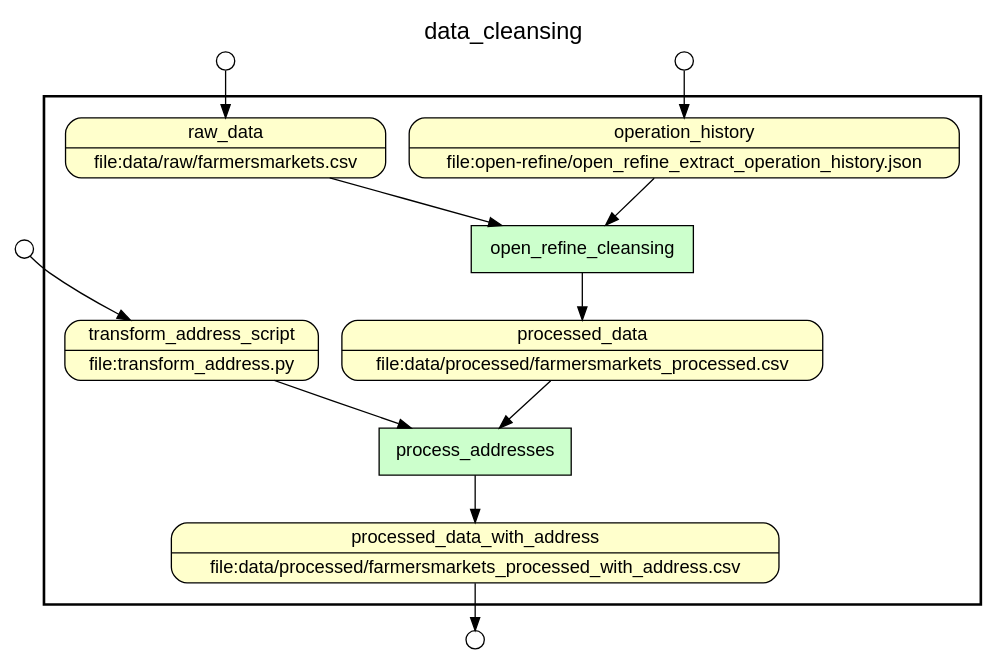
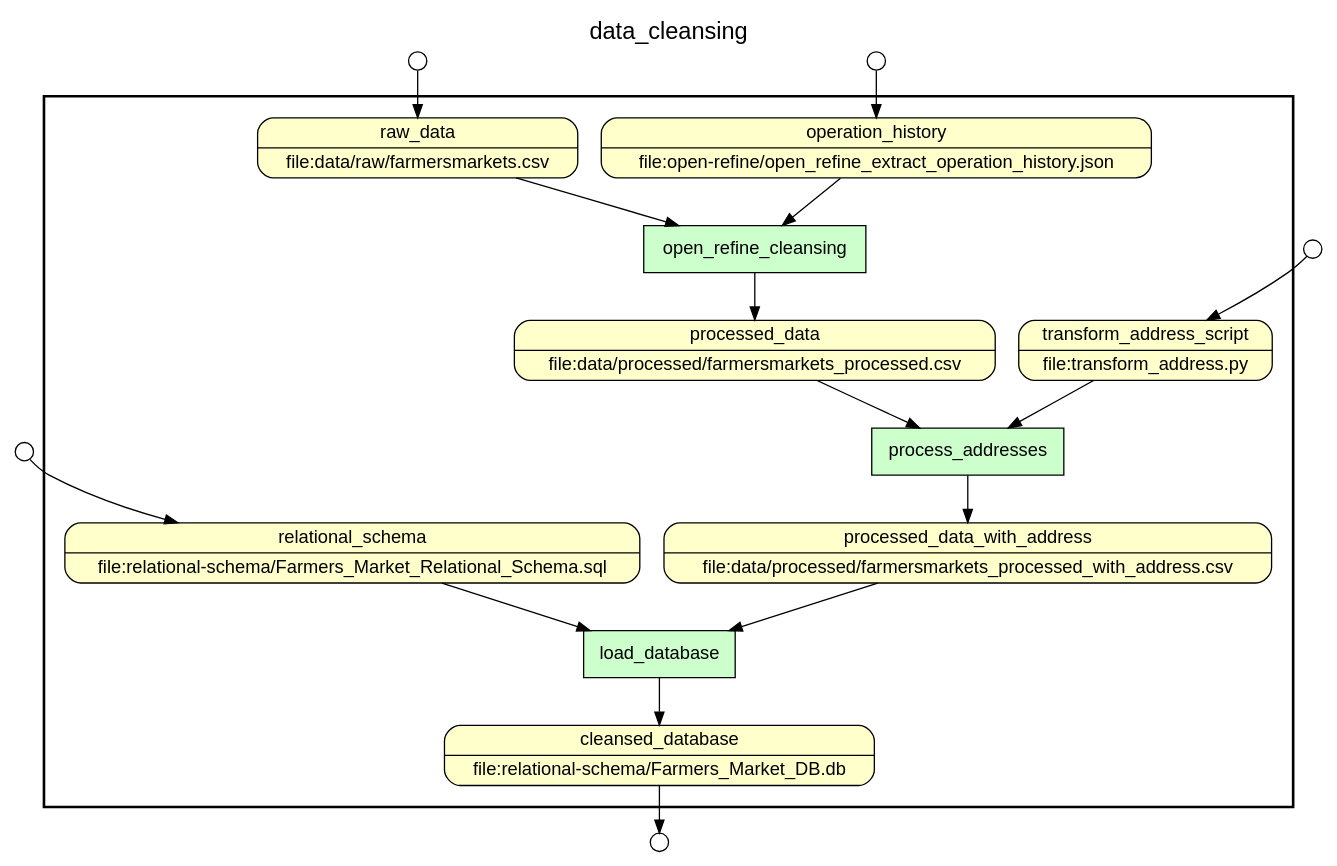
Before and after one commit to alex-antonison/data-harvesters: the diagram in workflow-model/yesworkflow/outputs/Overall_Workflow.gv, drawn with Graphviz. The commit also changed 12 other files, not shown here.

Commit message:
Cleanup scipts; Include relation-schema work in overall workflow model

```diff
--- a/workflow-model/yesworkflow/outputs/Overall_Workflow.gv
+++ b/workflow-model/yesworkflow/outputs/Overall_Workflow.gv
@@ -1,34 +1,42 @@
 digraph Workflow {
 rankdir=TB
 fontname=Helvetica; fontsize=18; labelloc=t
 label=data_cleansing
 subgraph cluster_workflow_box_outer { label=""; color=black; penwidth=2
 subgraph cluster_workflow_box_inner { label=""; penwidth=0
 node[shape=box style=filled fillcolor="#CCFFCC" peripheries=1 fontname=Helvetica]
 open_refine_cleansing
 process_addresses
+load_database
 node[shape=box style="rounded,filled" fillcolor="#FFFFCC" peripheries=1 fontname=Helvetica]
-processed_data_with_address [shape=record rankdir=LR label="{<f0> processed_data_with_address |<f1> file\:data/processed/farmersmarkets_processed_with_address.csv}"];
+cleansed_database [shape=record rankdir=LR label="{<f0> cleansed_database |<f1> file\:relational-schema/Farmers_Market_DB.db}"];
 raw_data [shape=record rankdir=LR label="{<f0> raw_data |<f1> file\:data/raw/farmersmarkets.csv}"];
 operation_history [shape=record rankdir=LR label="{<f0> operation_history |<f1> file\:open-refine/open_refine_extract_operation_history.json}"];
 processed_data [shape=record rankdir=LR label="{<f0> processed_data |<f1> file\:data/processed/farmersmarkets_processed.csv}"];
 transform_address_script [shape=record rankdir=LR label="{<f0> transform_address_script |<f1> file\:transform_address.py}"];
+processed_data_with_address [shape=record rankdir=LR label="{<f0> processed_data_with_address |<f1> file\:data/processed/farmersmarkets_processed_with_address.csv}"];
+relational_schema [shape=record rankdir=LR label="{<f0> relational_schema |<f1> file\:relational-schema/Farmers_Market_Relational_Schema.sql}"];
 node[shape=box style="rounded,filled" fillcolor="#FCFCFC" peripheries=1 fontname=Helvetica]
 open_refine_cleansing -> processed_data
 raw_data -> open_refine_cleansing
 operation_history -> open_refine_cleansing
 process_addresses -> processed_data_with_address
 processed_data -> process_addresses
 transform_address_script -> process_addresses
+load_database -> cleansed_database
+processed_data_with_address -> load_database
+relational_schema -> load_database
 }}
 node[shape=circle style="rounded,filled" fillcolor="#FFFFFF" peripheries=1 fontname=Helvetica width=0.2]
 raw_data_input_port [label=""]
 operation_history_input_port [label=""]
 transform_address_script_input_port [label=""]
+relational_schema_input_port [label=""]
 node[shape=circle style="rounded,filled" fillcolor="#FFFFFF" peripheries=1 fontname=Helvetica width=0.2]
-processed_data_with_address_output_port [label=""]
+cleansed_database_output_port [label=""]
 raw_data_input_port -> raw_data
 operation_history_input_port -> operation_history
 transform_address_script_input_port -> transform_address_script
-processed_data_with_address -> processed_data_with_address_output_port
+relational_schema_input_port -> relational_schema
+cleansed_database -> cleansed_database_output_port
 }
```
